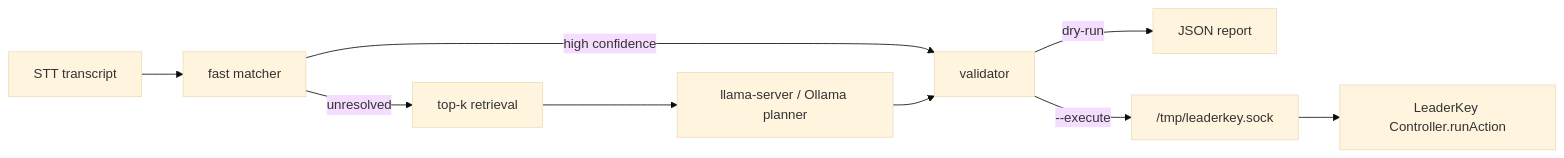
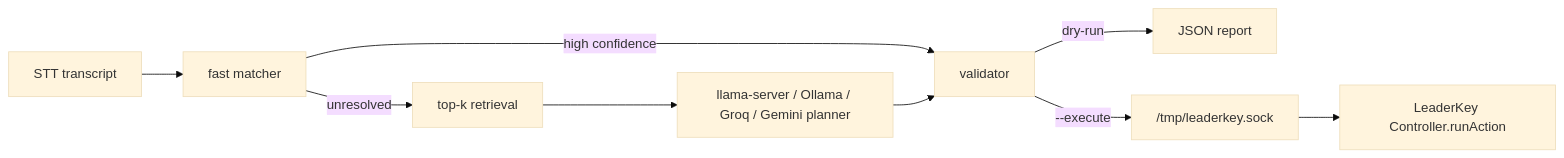
The diagram in docs/voice-dispatcher-architecture.md (arabshapt/LeaderKey.app), drawn with Mermaid (base theme) before and after one commit. The commit also changed other lines of this file and 19 other files, not shown here.

````diff
--- a/docs/voice-dispatcher-architecture.md
+++ b/docs/voice-dispatcher-architecture.md
@@ -5,11 +5,11 @@
 ```mermaid
 flowchart LR
   T["STT transcript"] --> F["fast matcher"]
   F -->|high confidence| V["validator"]
   F -->|unresolved| R["top-k retrieval"]
-  R --> P["llama-server / Ollama planner"]
+  R --> P["llama-server / Ollama / Groq / Gemini planner"]
   P --> V
   V -->|dry-run| J["JSON report"]
   V -->|--execute| S["/tmp/leaderkey.sock"]
   S --> A["LeaderKey Controller.runAction"]
 ```
````
